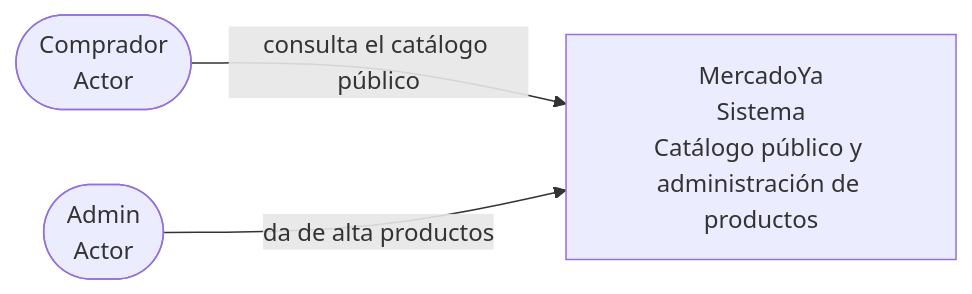
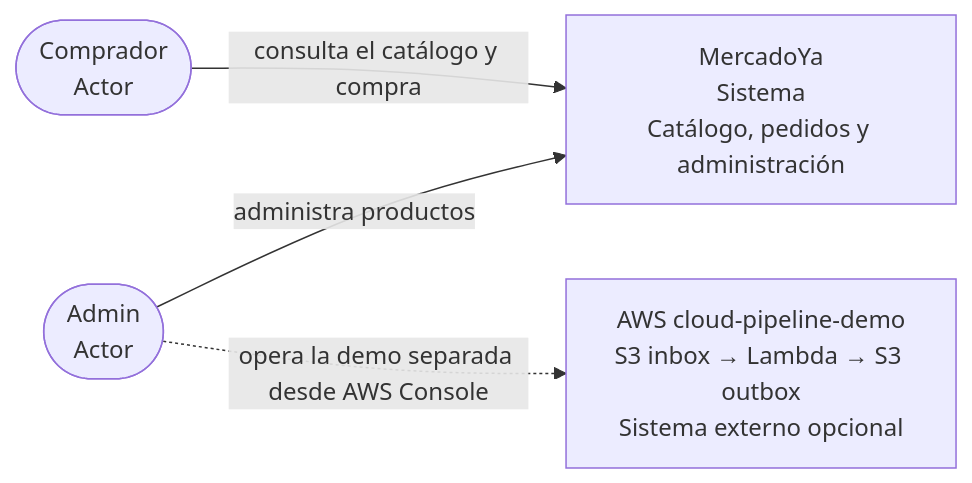
The diagram in docs/diagrams/c4-1-context.md (rodrigop23/mercadoya-curso-asd), drawn with Mermaid before and after one commit. The commit also changed other lines of this file and 18 other files, not shown here.

Commit message:
chore: actualizar diagramas y adrs

````diff
--- a/docs/diagrams/c4-1-context.md
+++ b/docs/diagrams/c4-1-context.md
@@ -5,9 +5,11 @@
 ```mermaid
 flowchart LR
   buyer(["Comprador<br/>Actor"])
   admin(["Admin<br/>Actor"])
-  mercadoya["MercadoYa<br/>Sistema<br/>Catálogo público y administración de productos"]
+  mercadoya["MercadoYa<br/>Sistema<br/>Catálogo, pedidos y administración"]
+  cloud["AWS cloud-pipeline-demo<br/>S3 inbox → Lambda → S3 outbox<br/>Sistema externo opcional"]
 
-  buyer -->|"consulta el catálogo público"| mercadoya
-  admin -->|"da de alta productos"| mercadoya
+  buyer -->|consulta el catálogo y compra| mercadoya
+  admin -->|administra productos| mercadoya
+  admin -.->|opera la demo separada desde AWS Console| cloud
 ```
````
